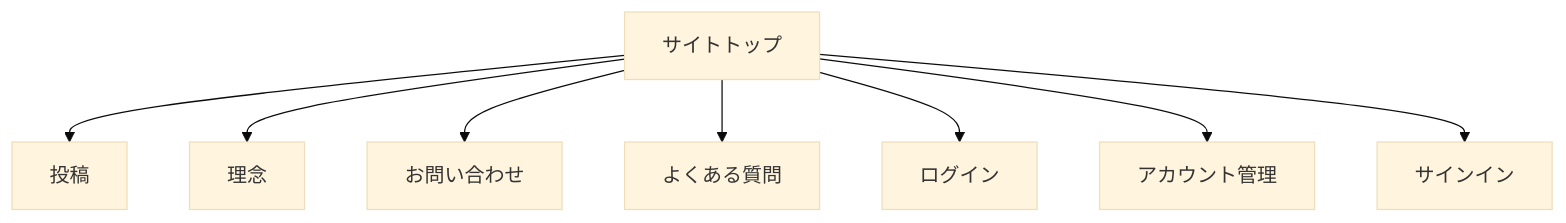
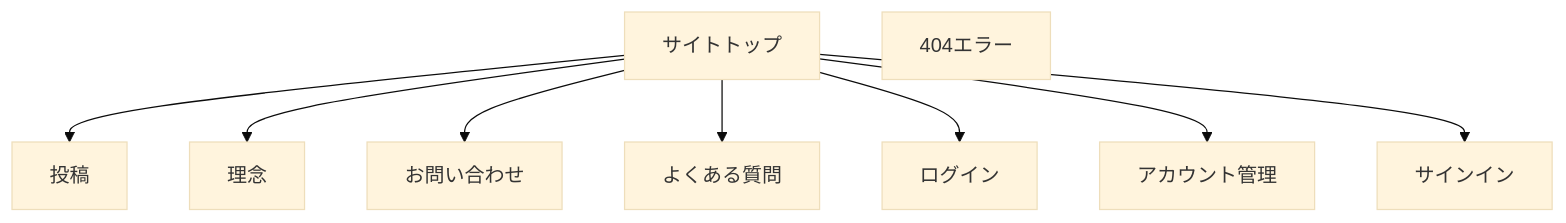
Before and after one commit to sika7/kagami: the diagram in specs/ui.md, drawn with Mermaid (base theme). The commit also changed other lines of this file and 2 other files, not shown here.

Commit message:
仕様書を更新

````diff
--- a/specs/ui.md
+++ b/specs/ui.md
@@ -103,10 +104,11 @@
 ```mermaid
 flowchart TD
     Home[サイトトップ] --> Services[投稿]
     Home --> Philosophy[理念]
     Home --> Contact[お問い合わせ]
     Home --> FAQ[よくある質問]
     Home --> Login[ログイン]
     Home --> Account[アカウント管理]
     Home --> SignIn[サインイン]
+    404Error[404エラー]
 ```
````
